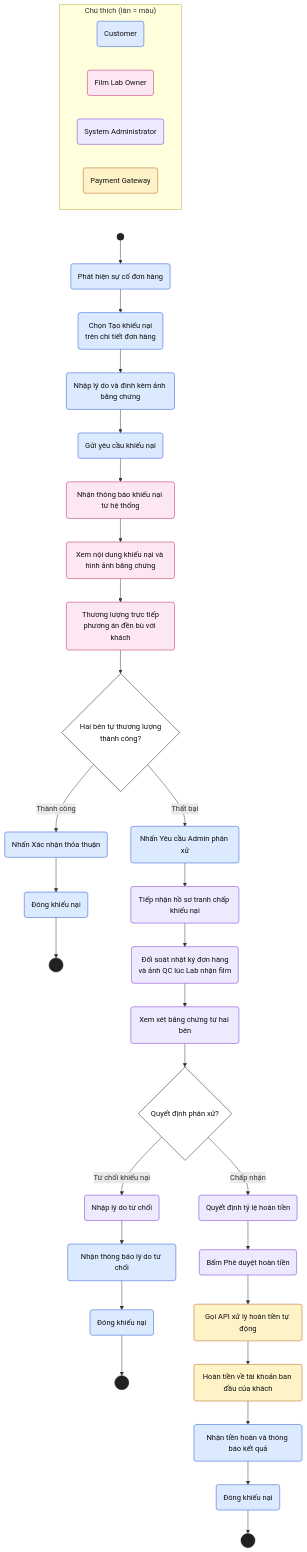
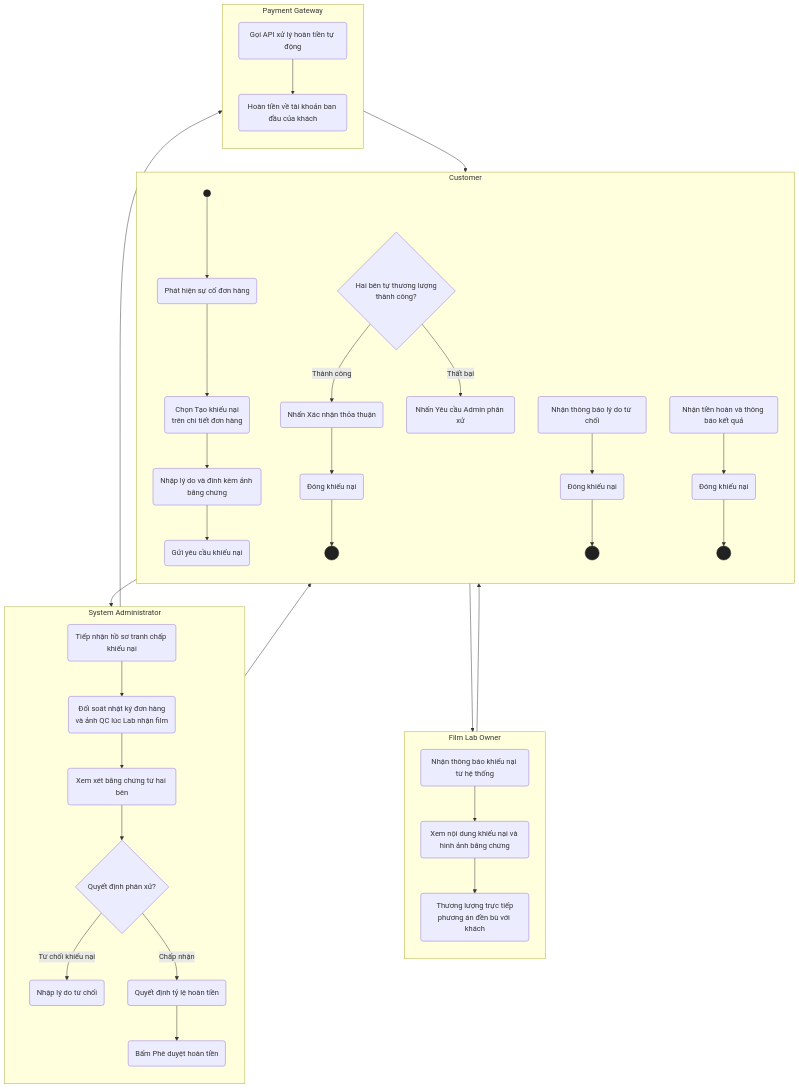
One commit to huylamnhat/Photographer-enthusiastic-environment changed the sixth of 6 diagrams in doc/week 2/so-do-chuc-nang-nghiep-vu.md. Above: the diagram before and after it, drawn with Mermaid. The commit also changed other lines of this file, not shown here.

Commit message:
Refactor use case diagrams for clarity and consistency

````diff
--- a/doc/week 2/so-do-chuc-nang-nghiep-vu.md
+++ b/doc/week 2/so-do-chuc-nang-nghiep-vu.md
@@ -278,53 +275,57 @@
 ```mermaid
 flowchart TB
-    classDef cus fill:#dbeafe,stroke:#1d4ed8,color:#111
-    classDef lab fill:#fce7f3,stroke:#be185d,color:#111
-    classDef adm fill:#ede9fe,stroke:#6d28d9,color:#111
-    classDef pay fill:#fef3c7,stroke:#b45309,color:#111
-    classDef dec fill:#fff,stroke:#111,color:#111
     classDef term fill:#222,stroke:#222,color:#fff
 
-    subgraph LEG["Chú thích (làn = màu)"]
-        direction LR
-        K1("Customer"):::cus
-        K2("Film Lab Owner"):::lab
-        K3("System Administrator"):::adm
-        K4("Payment Gateway"):::pay
+    subgraph CUS["Customer"]
+        direction TB
+        S((" ")):::term
+        C1("Phát hiện sự cố đơn hàng")
+        C2("Chọn Tạo khiếu nại<br/>trên chi tiết đơn hàng")
+        C3("Nhập lý do và đính kèm ảnh bằng chứng")
+        C4("Gửi yêu cầu khiếu nại")
+        C5{"Hai bên tự thương lượng<br/>thành công?"}
+        C6("Nhấn Xác nhận thỏa thuận")
+        C7("Đóng khiếu nại")
+        E1(((" "))):::term
+        C8("Nhấn Yêu cầu Admin phân xử")
+        C9("Nhận thông báo lý do từ chối")
+        C10("Đóng khiếu nại")
+        E2(((" "))):::term
+        C11("Nhận tiền hoàn và thông báo kết quả")
+        C12("Đóng khiếu nại")
+        E3(((" "))):::term
     end
 
-    S((" ")):::term
-    C1("Phát hiện sự cố đơn hàng"):::cus
-    C2("Chọn Tạo khiếu nại<br/>trên chi tiết đơn hàng"):::cus
-    C3("Nhập lý do và đính kèm ảnh bằng chứng"):::cus
-    C4("Gửi yêu cầu khiếu nại"):::cus
-    L1("Nhận thông báo khiếu nại từ hệ thống"):::lab
-    L2("Xem nội dung khiếu nại và hình ảnh bằng chứng"):::lab
-    L3("Thương lượng trực tiếp<br/>phương án đền bù với khách"):::lab
-    C5{"Hai bên tự thương lượng<br/>thành công?"}:::dec
-    C6("Nhấn Xác nhận thỏa thuận"):::cus
-    C7("Đóng khiếu nại"):::cus
-    E1(((" "))):::term
-    C8("Nhấn Yêu cầu Admin phân xử"):::cus
-    A1("Tiếp nhận hồ sơ tranh chấp khiếu nại"):::adm
-    A2("Đối soát nhật ký đơn hàng<br/>và ảnh QC lúc Lab nhận film"):::adm
-    A3("Xem xét bằng chứng từ hai bên"):::adm
-    A4{"Quyết định phân xử?"}:::dec
-    A5("Nhập lý do từ chối"):::adm
-    C9("Nhận thông báo lý do từ chối"):::cus
-    C10("Đóng khiếu nại"):::cus
-    E2(((" "))):::term
-    A6("Quyết định tỷ lệ hoàn tiền"):::adm
-    A7("Bấm Phê duyệt hoàn tiền"):::adm
-    P1("Gọi API xử lý hoàn tiền tự động"):::pay
-    P2("Hoàn tiền về tài khoản ban đầu của khách"):::pay
-    C11("Nhận tiền hoàn và thông báo kết quả"):::cus
-    C12("Đóng khiếu nại"):::cus
-    E3(((" "))):::term
+    subgraph LAB["Film Lab Owner"]
+        direction TB
+        L1("Nhận thông báo khiếu nại từ hệ thống")
+        L2("Xem nội dung khiếu nại và hình ảnh bằng chứng")
+        L3("Thương lượng trực tiếp<br/>phương án đền bù với khách")
+    end
 
-    LEG ~~~ S
-    S --> C1 --> C2 --> C3 --> C4 --> L1 --> L2 --> L3 --> C5
+    subgraph ADM["System Administrator"]
+        direction TB
+        A1("Tiếp nhận hồ sơ tranh chấp khiếu nại")
+        A2("Đối soát nhật ký đơn hàng<br/>và ảnh QC lúc Lab nhận film")
+        A3("Xem xét bằng chứng từ hai bên")
+        A4{"Quyết định phân xử?"}
+        A5("Nhập lý do từ chối")
+        A6("Quyết định tỷ lệ hoàn tiền")
+        A7("Bấm Phê duyệt hoàn tiền")
+    end
+
+    subgraph PAY["Payment Gateway"]
+        direction TB
+        P1("Gọi API xử lý hoàn tiền tự động")
+        P2("Hoàn tiền về tài khoản ban đầu của khách")
+    end
+
+    S --> C1 --> C2 --> C3 --> C4
+    C4 --> L1 --> L2 --> L3 --> C5
     C5 -->|Thành công| C6 --> C7 --> E1
-    C5 -->|Thất bại| C8 --> A1 --> A2 --> A3 --> A4
+    C5 -->|Thất bại| C8 --> A1
+    A1 --> A2 --> A3 --> A4
     A4 -->|Từ chối khiếu nại| A5 --> C9 --> C10 --> E2
-    A4 -->|Chấp nhận| A6 --> A7 --> P1 --> P2 --> C11 --> C12 --> E3
+    A4 -->|Chấp nhận| A6 --> A7 --> P1 --> P2
+    P2 --> C11 --> C12 --> E3
 ```
````
